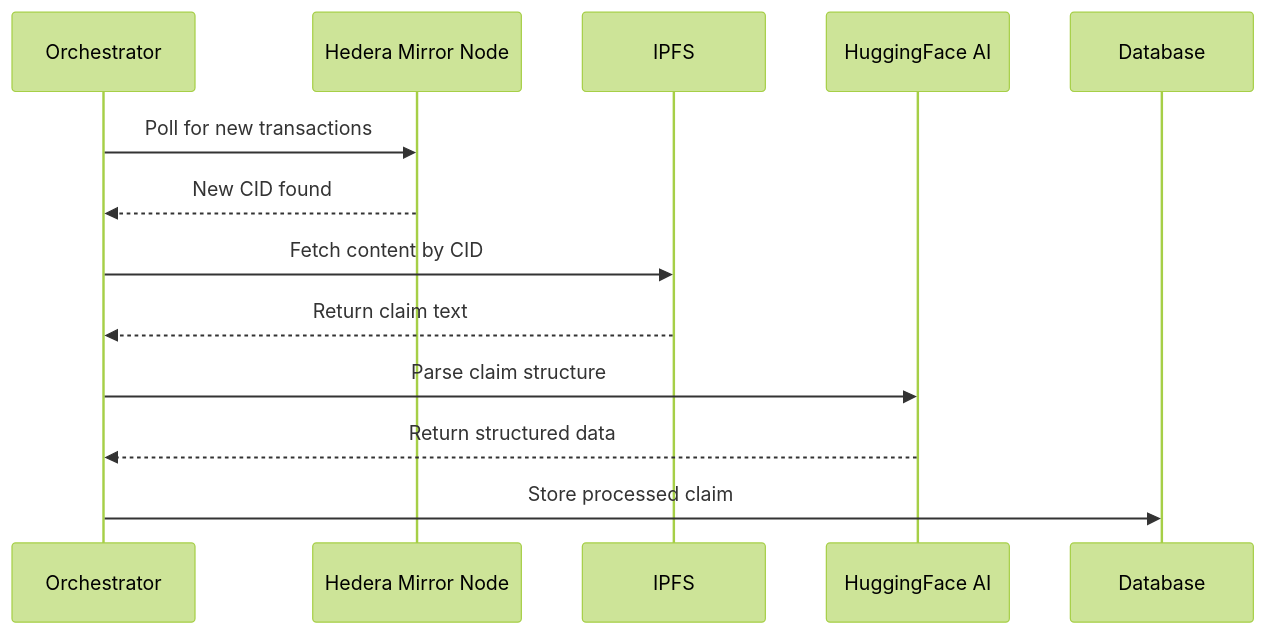
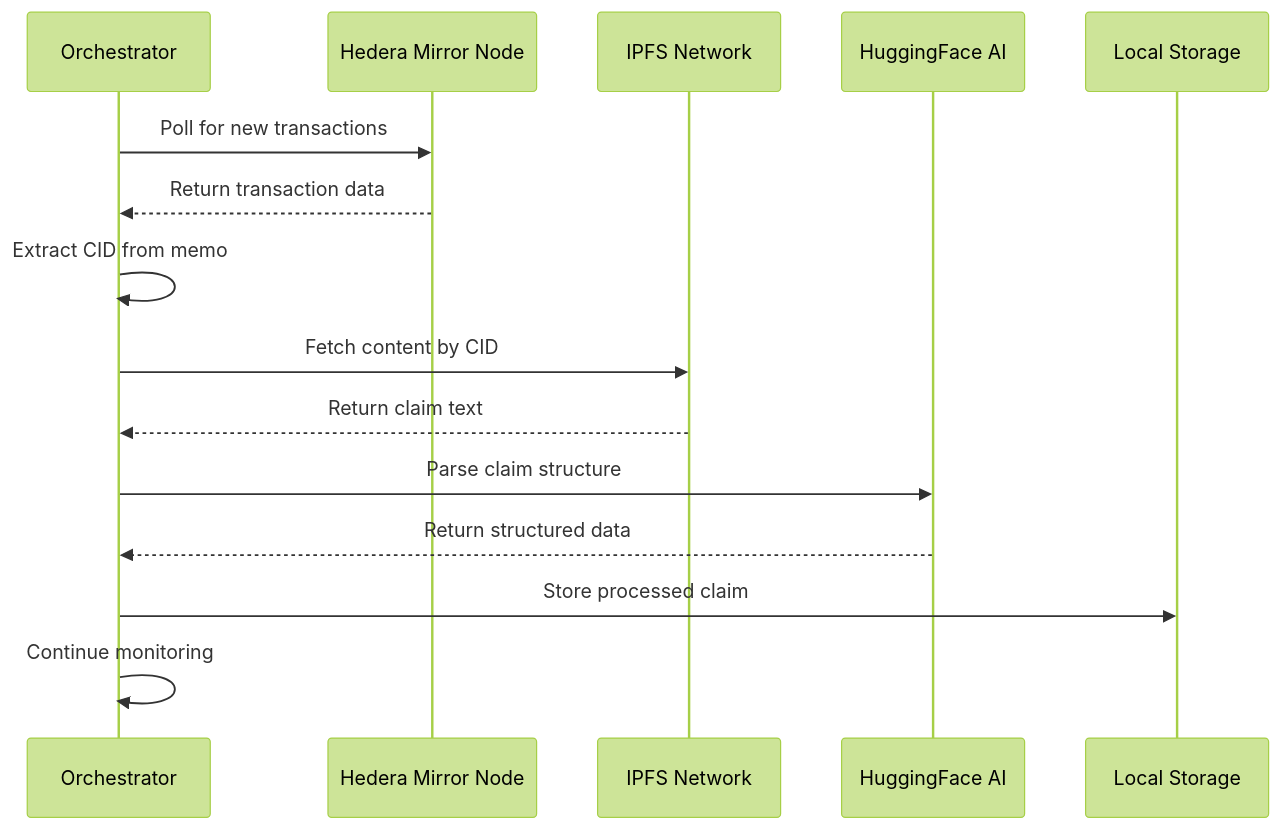
One commit to Sachidananda-17/Hedera_Test changed the second of 2 diagrams in README.md. Above: the diagram before and after it, drawn with Mermaid (forest theme). The commit also changed other lines of this file, not shown here.

````diff
--- a/README.md
+++ b/README.md
@@ -147,16 +181,18 @@
 ```mermaid
 sequenceDiagram
     participant Orchestrator
     participant Mirror as Hedera Mirror Node
-    participant IPFS
+    participant IPFS as IPFS Network
     participant AI as HuggingFace AI
-    participant Database
+    participant Storage as Local Storage
 
     Orchestrator->>Mirror: Poll for new transactions
-    Mirror-->>Orchestrator: New CID found
+    Mirror-->>Orchestrator: Return transaction data
+    Orchestrator->>Orchestrator: Extract CID from memo
     Orchestrator->>IPFS: Fetch content by CID
     IPFS-->>Orchestrator: Return claim text
     Orchestrator->>AI: Parse claim structure
     AI-->>Orchestrator: Return structured data
-    Orchestrator->>Database: Store processed claim
+    Orchestrator->>Storage: Store processed claim
+    Orchestrator->>Orchestrator: Continue monitoring
 ```
````
